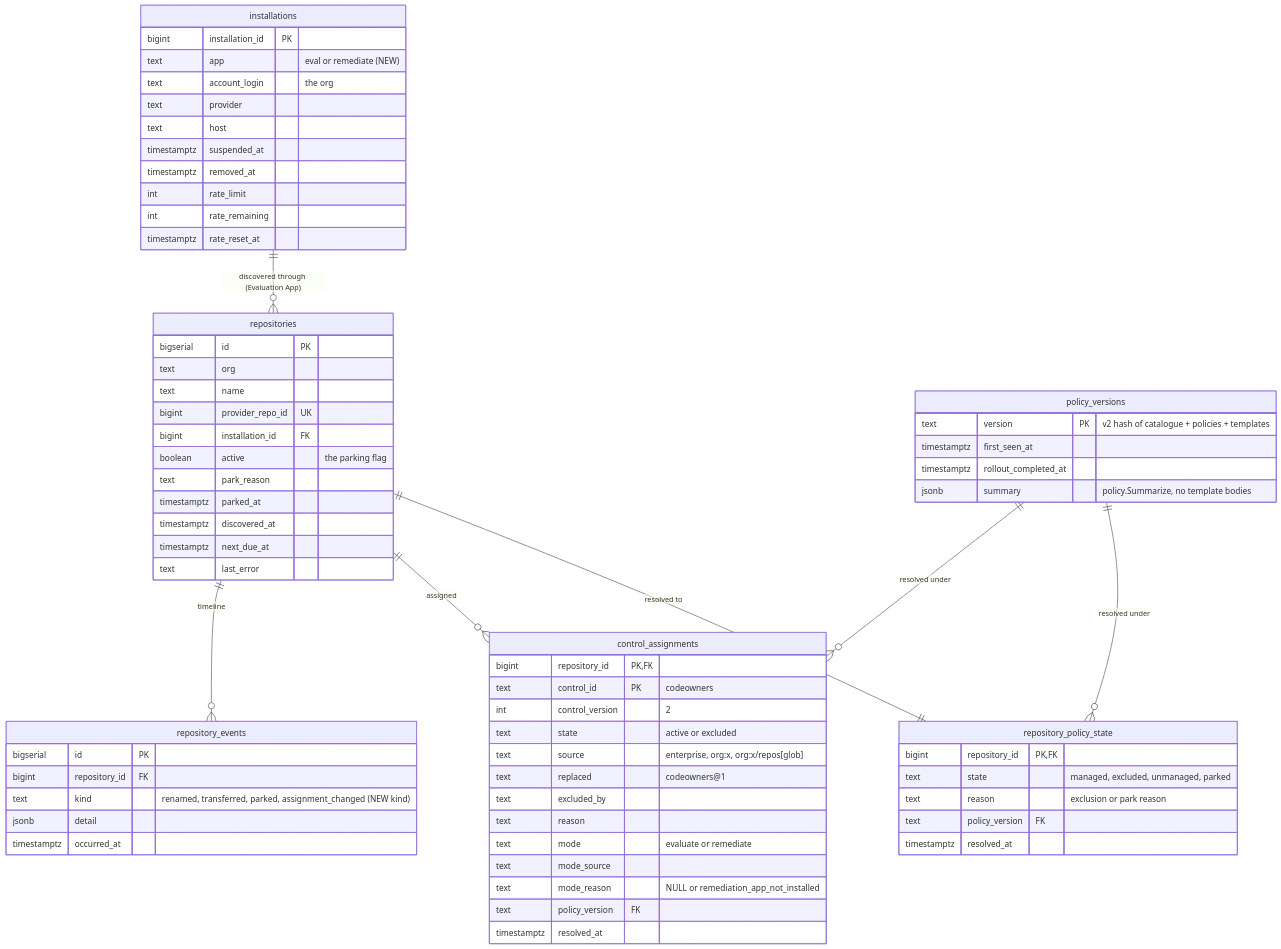
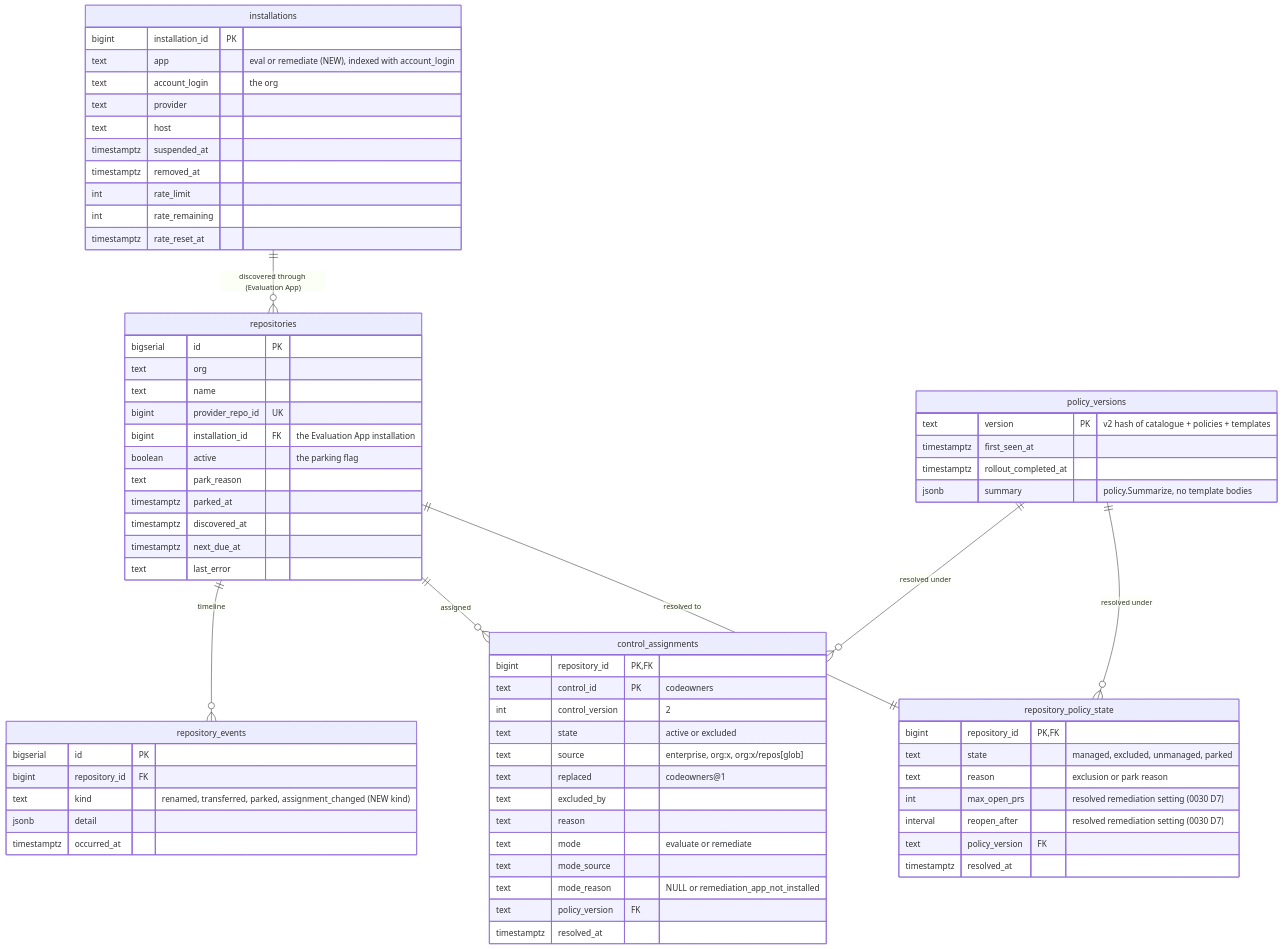
Diagram 13 of 21 in scripts/controls-redesign-deep-dives.md (donaldgifford/repo-guardian), drawn with Mermaid before and after one commit. The commit also changed other lines of this file and 5 other files, not shown here.

````diff
--- a/scripts/controls-redesign-deep-dives.md
+++ b/scripts/controls-redesign-deep-dives.md
@@ -1063,69 +1094,71 @@
 ```mermaid
 erDiagram
     installations ||--o{ repositories : "discovered through (Evaluation App)"
     installations {
         bigint installation_id PK
-        text app "eval or remediate (NEW)"
+        text app "eval or remediate (NEW), indexed with account_login"
         text account_login "the org"
         text provider
         text host
         timestamptz suspended_at
         timestamptz removed_at
         int rate_limit
         int rate_remaining
         timestamptz rate_reset_at
     }
     repositories ||--|| repository_policy_state : "resolved to"
     repositories ||--o{ control_assignments : "assigned"
     repositories ||--o{ repository_events : "timeline"
     repositories {
         bigserial id PK
         text org
         text name
         bigint provider_repo_id UK
-        bigint installation_id FK
+        bigint installation_id FK "the Evaluation App installation"
         boolean active "the parking flag"
         text park_reason
         timestamptz parked_at
         timestamptz discovered_at
         timestamptz next_due_at
         text last_error
     }
     policy_versions ||--o{ repository_policy_state : "resolved under"
     policy_versions ||--o{ control_assignments : "resolved under"
     policy_versions {
         text version PK "v2 hash of catalogue + policies + templates"
         timestamptz first_seen_at
         timestamptz rollout_completed_at
         jsonb summary "policy.Summarize, no template bodies"
     }
     repository_policy_state {
         bigint repository_id PK, FK
         text state "managed, excluded, unmanaged, parked"
         text reason "exclusion or park reason"
+        int max_open_prs "resolved remediation setting (0030 D7)"
+        interval reopen_after "resolved remediation setting (0030 D7)"
         text policy_version FK
         timestamptz resolved_at
     }
     control_assignments {
         bigint repository_id PK, FK
         text control_id PK "codeowners"
         int control_version "2"
         text state "active or excluded"
         text source "enterprise, org:x, org:x/repos[glob]"
         text replaced "codeowners@1"
         text excluded_by
         text reason
         text mode "evaluate or remediate"
         text mode_source
         text mode_reason "NULL or remediation_app_not_installed"
         text policy_version FK
         timestamptz resolved_at
     }
     repository_events {
         bigserial id PK
         bigint repository_id FK
         text kind "renamed, transferred, parked, assignment_changed (NEW kind)"
         jsonb detail
         timestamptz occurred_at
     }
 ```
````
